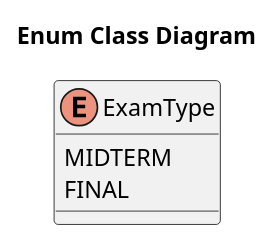
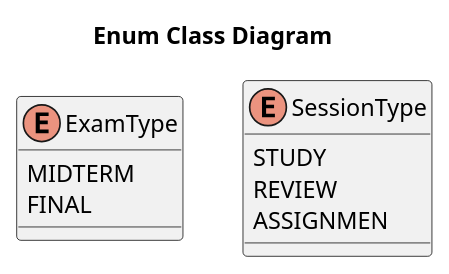
The diagram in enums.puml (keerati5003/PlanMate-Diagram), drawn with PlantUML before and after one commit. The commit also changed 13 other files, not shown here.

```diff
--- a/enums.puml
+++ b/enums.puml
@@ -1,9 +1,15 @@
 @startuml
 title Enum Class Diagram
 
 enum ExamType {
     MIDTERM
     FINAL
 }
 
+enum SessionType {
+    STUDY
+    REVIEW
+    ASSIGNMEN
+}
+
 @enduml
```
